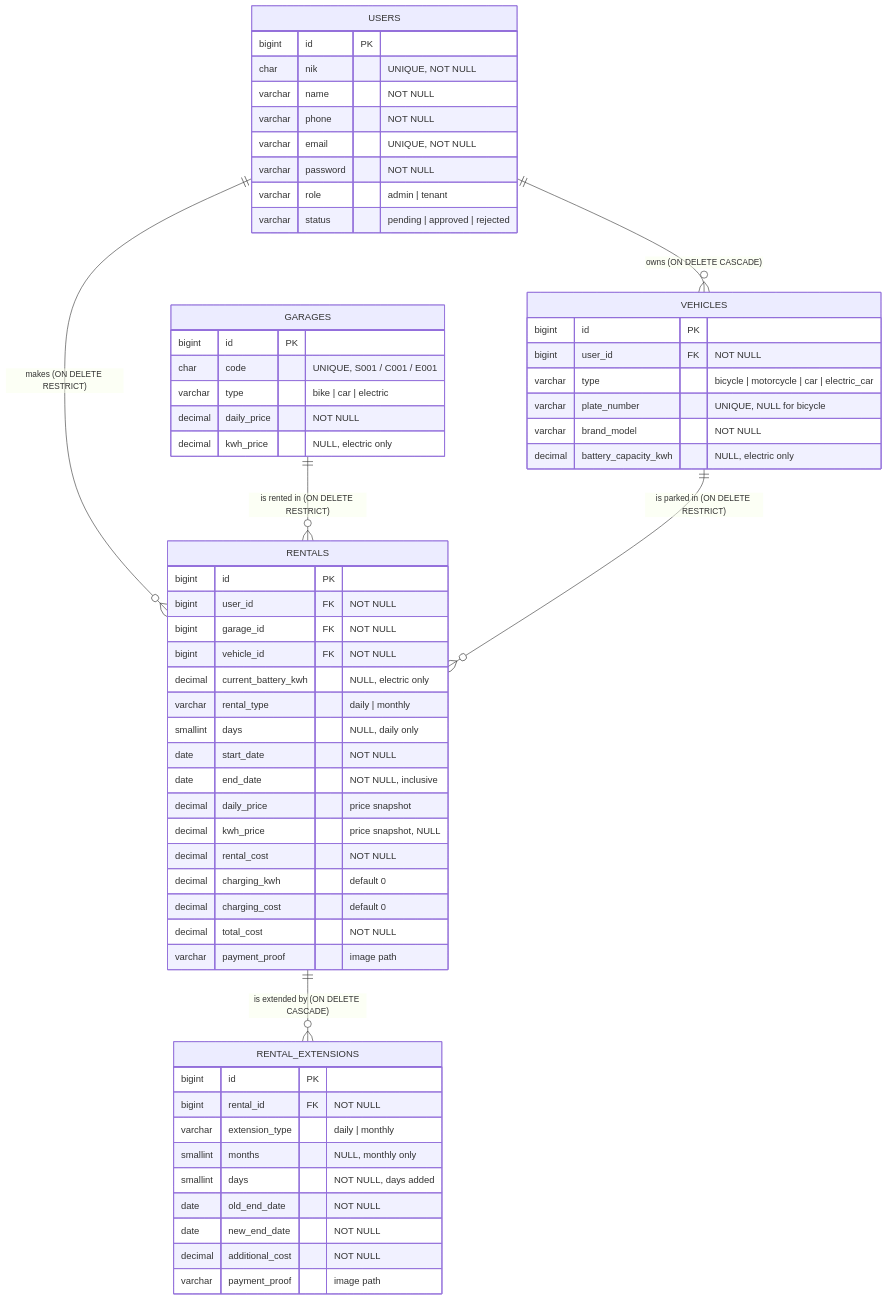
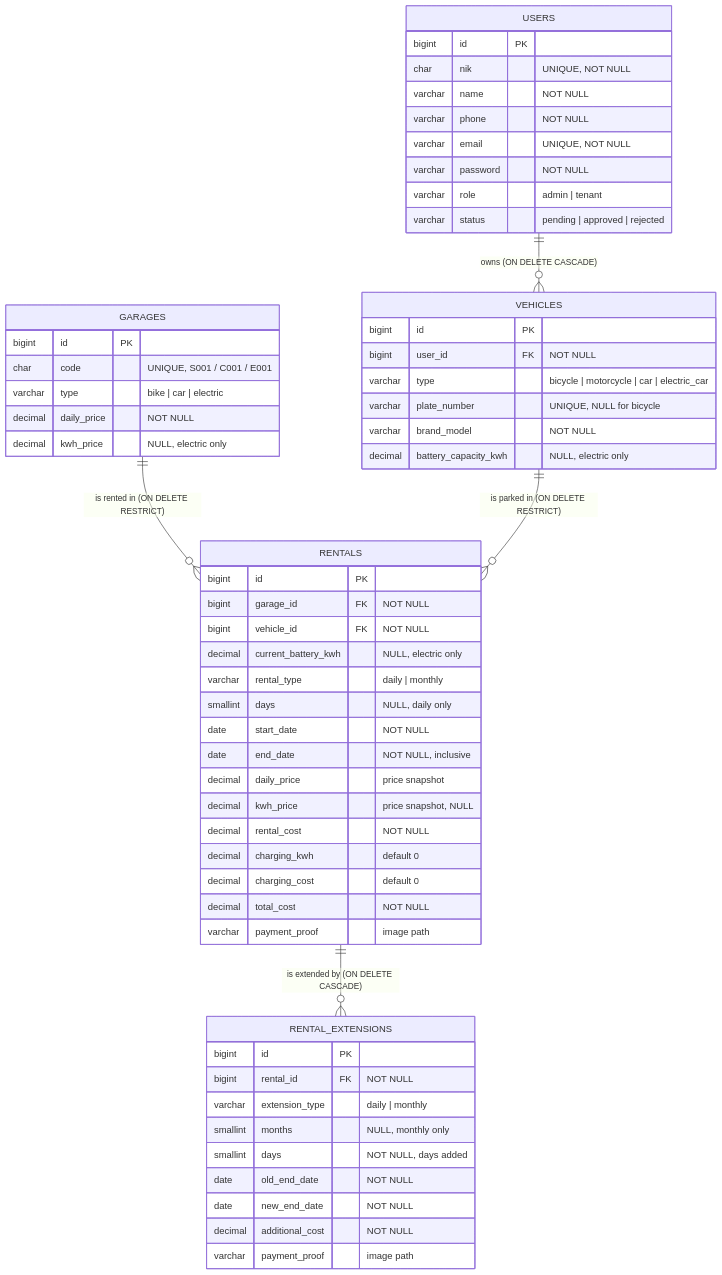
One commit to yohanajocelyn/certification changed the diagram in docs/erd.mmd. Above: the diagram before and after it, drawn with Mermaid. The commit also changed 22 other files, not shown here.

```diff
--- a/docs/erd.mmd
+++ b/docs/erd.mmd
@@ -1,61 +1,59 @@
 erDiagram
     USERS ||--o{ VEHICLES : "owns (ON DELETE CASCADE)"
-    USERS ||--o{ RENTALS : "makes (ON DELETE RESTRICT)"
     GARAGES ||--o{ RENTALS : "is rented in (ON DELETE RESTRICT)"
     VEHICLES ||--o{ RENTALS : "is parked in (ON DELETE RESTRICT)"
     RENTALS ||--o{ RENTAL_EXTENSIONS : "is extended by (ON DELETE CASCADE)"
 
     USERS {
         bigint id PK
         char nik "UNIQUE, NOT NULL"
         varchar name "NOT NULL"
         varchar phone "NOT NULL"
         varchar email "UNIQUE, NOT NULL"
         varchar password "NOT NULL"
         varchar role "admin | tenant"
         varchar status "pending | approved | rejected"
     }
     GARAGES {
         bigint id PK
         char code "UNIQUE, S001 / C001 / E001"
         varchar type "bike | car | electric"
         decimal daily_price "NOT NULL"
         decimal kwh_price "NULL, electric only"
     }
     VEHICLES {
         bigint id PK
         bigint user_id FK "NOT NULL"
         varchar type "bicycle | motorcycle | car | electric_car"
         varchar plate_number "UNIQUE, NULL for bicycle"
         varchar brand_model "NOT NULL"
         decimal battery_capacity_kwh "NULL, electric only"
     }
     RENTALS {
         bigint id PK
-        bigint user_id FK "NOT NULL"
         bigint garage_id FK "NOT NULL"
         bigint vehicle_id FK "NOT NULL"
         decimal current_battery_kwh "NULL, electric only"
         varchar rental_type "daily | monthly"
         smallint days "NULL, daily only"
         date start_date "NOT NULL"
         date end_date "NOT NULL, inclusive"
         decimal daily_price "price snapshot"
         decimal kwh_price "price snapshot, NULL"
         decimal rental_cost "NOT NULL"
         decimal charging_kwh "default 0"
         decimal charging_cost "default 0"
         decimal total_cost "NOT NULL"
         varchar payment_proof "image path"
     }
     RENTAL_EXTENSIONS {
         bigint id PK
         bigint rental_id FK "NOT NULL"
         varchar extension_type "daily | monthly"
         smallint months "NULL, monthly only"
         smallint days "NOT NULL, days added"
         date old_end_date "NOT NULL"
         date new_end_date "NOT NULL"
         decimal additional_cost "NOT NULL"
         varchar payment_proof "image path"
     }
```
